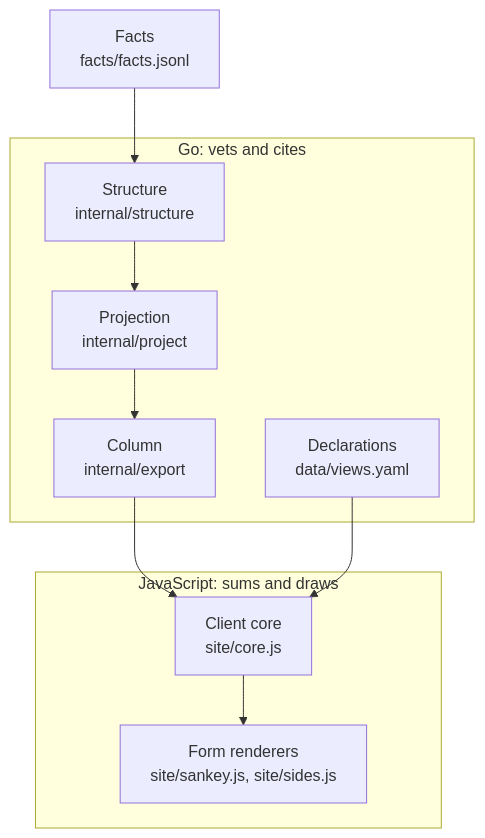
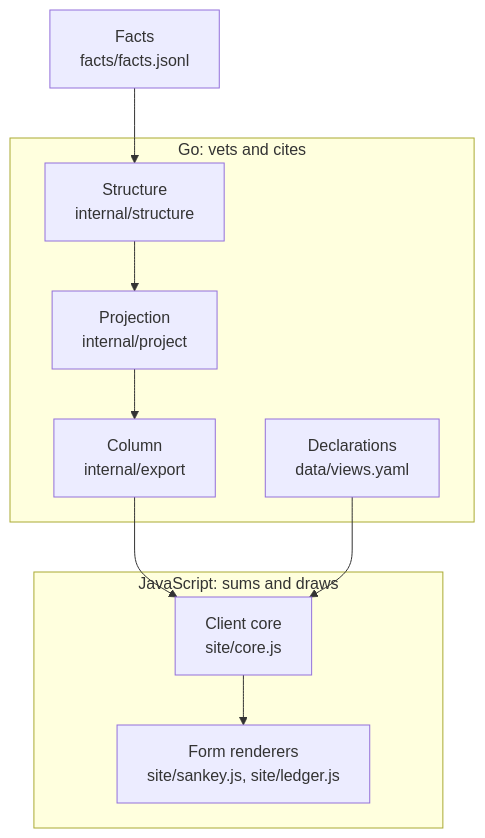
One commit to jcrussell/livermore-budget changed the diagram in docs/design/chart-model.md. Above: the diagram before and after it, drawn with Mermaid. The commit also changed other lines of this file and 20 other files, not shown here.

````diff
--- a/docs/design/chart-model.md
+++ b/docs/design/chart-model.md
@@ -7,23 +7,23 @@
 ```mermaid
 flowchart TD
   facts["Facts<br/>facts/facts.jsonl"]
   structure["Structure<br/>internal/structure"]
   projection["Projection<br/>internal/project"]
   column["Column<br/>internal/export"]
   decl["Declarations<br/>data/views.yaml"]
   core["Client core<br/>site/core.js"]
-  form["Form renderers<br/>site/sankey.js, site/sides.js"]
+  form["Form renderers<br/>site/sankey.js, site/ledger.js"]
   facts --> structure --> projection --> column --> core
   decl --> core
   core --> form
   subgraph go["Go: vets and cites"]
     structure
     projection
     column
     decl
   end
   subgraph js["JavaScript: sums and draws"]
     core
     form
   end
 ```
````
